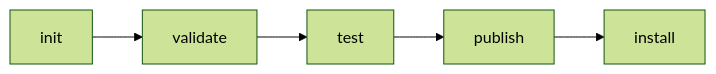
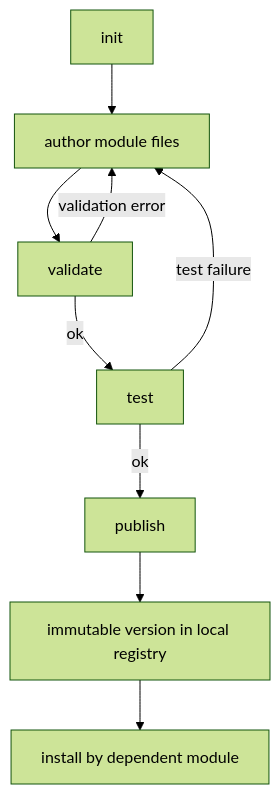
Before and after one commit to harshithluc073/PromptPM: the second of 2 diagrams in README.md, drawn with Mermaid (forest theme). The commit also changed other lines of this file, not shown here.

````diff
--- a/README.md
+++ b/README.md
@@ -132,7 +89,11 @@
 ```mermaid
-flowchart LR
-    A[init] --> B[validate]
-    B --> C[test]
-    C --> D[publish]
-    D --> E[install]
+flowchart TD
+    A[init] --> B[author module files]
+    B --> C[validate]
+    C -->|validation error| B
+    C -->|ok| D[test]
+    D -->|test failure| B
+    D -->|ok| E[publish]
+    E --> F[immutable version in local registry]
+    F --> G[install by dependent module]
 ```
````
